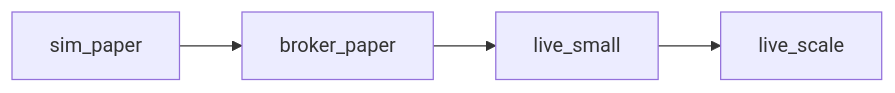
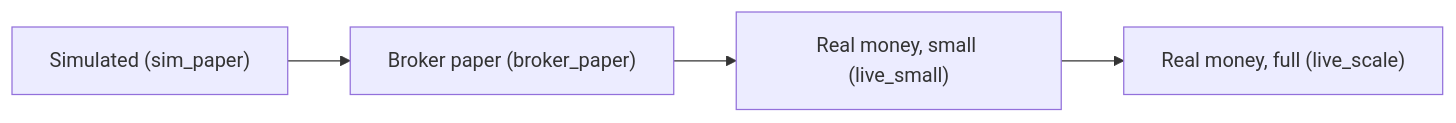
One commit to sleousis/Stonks changed the third of 5 diagrams in docs/operations.md. Above: the diagram before and after it, drawn with Mermaid. The commit also changed other lines of this file and 441 other files, not shown here.

````diff
--- a/docs/operations.md
+++ b/docs/operations.md
@@ -537,4 +559,4 @@
 ```mermaid
 flowchart LR
-  A[sim_paper] --> B[broker_paper] --> C[live_small] --> D[live_scale]
+  A["Simulated (sim_paper)"] --> B["Broker paper (broker_paper)"] --> C["Real money, small (live_small)"] --> D["Real money, full (live_scale)"]
 ```
````
